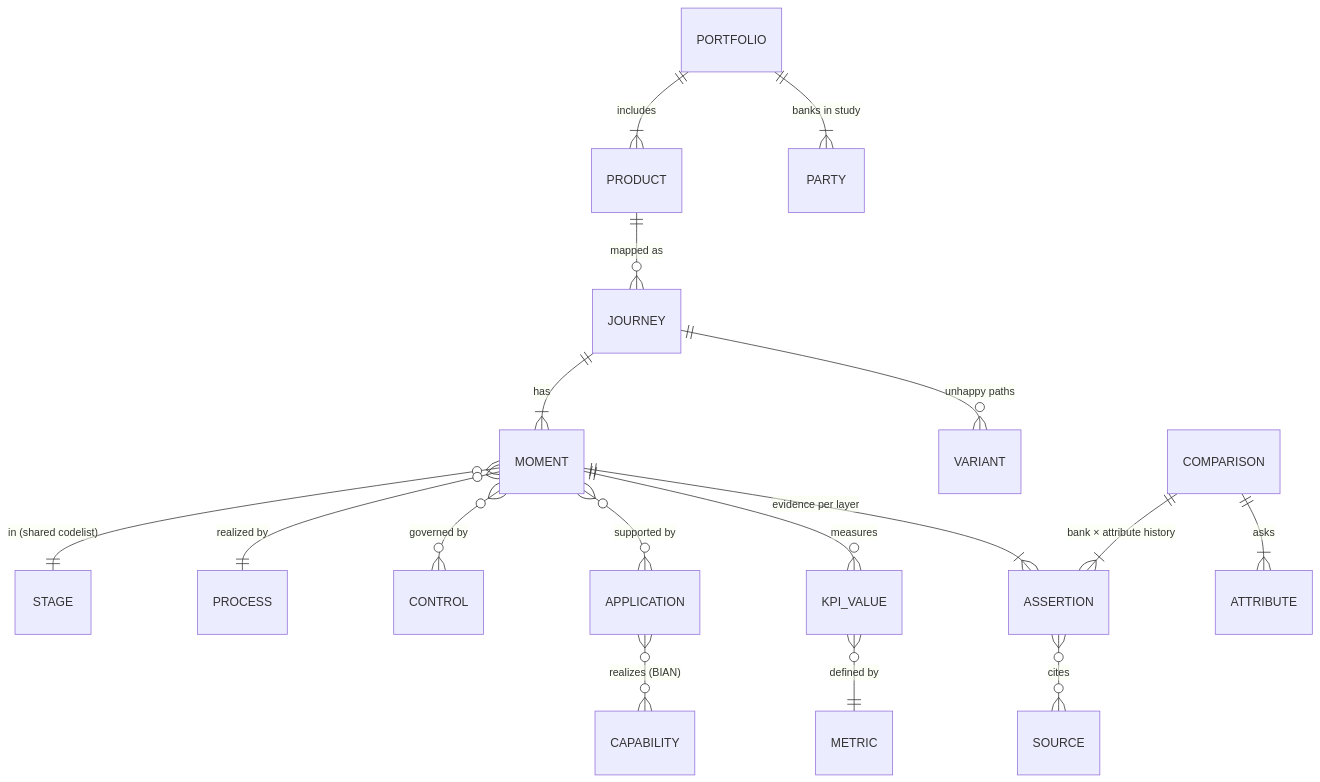
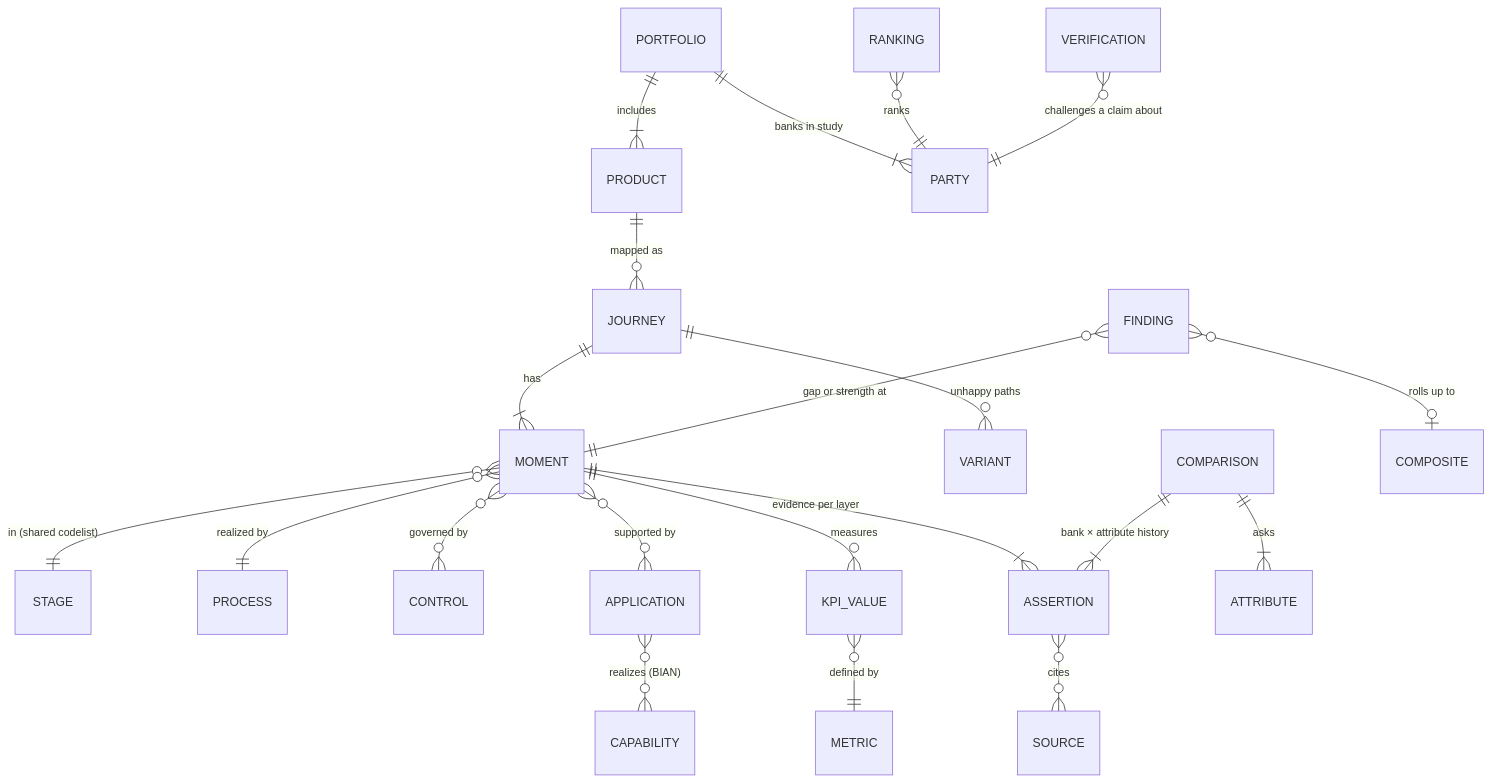
One commit to muthub-ai/kjourneys changed the second of 3 diagrams in docs/architecture.md. Above: the diagram before and after it, drawn with Mermaid. The commit also changed other lines of this file and 640 other files, not shown here.

````diff
--- a/docs/architecture.md
+++ b/docs/architecture.md
@@ -36,19 +36,23 @@
 ```mermaid
 erDiagram
   PORTFOLIO ||--|{ PRODUCT : includes
   PORTFOLIO ||--|{ PARTY : "banks in study"
   PRODUCT ||--o{ JOURNEY : "mapped as"
   JOURNEY ||--|{ MOMENT : has
   JOURNEY ||--o{ VARIANT : "unhappy paths"
   MOMENT }o--|| STAGE : "in (shared codelist)"
   MOMENT }o--|| PROCESS : "realized by"
   MOMENT }o--o{ CONTROL : "governed by"
   MOMENT }o--o{ APPLICATION : "supported by"
   APPLICATION }o--o{ CAPABILITY : "realizes (BIAN)"
   MOMENT ||--o{ KPI_VALUE : measures
   KPI_VALUE }o--|| METRIC : "defined by"
   MOMENT ||--|{ ASSERTION : "evidence per layer"
   COMPARISON ||--|{ ATTRIBUTE : asks
   COMPARISON ||--|{ ASSERTION : "bank × attribute history"
   ASSERTION }o--o{ SOURCE : cites
+  FINDING }o--|| MOMENT : "gap or strength at"
+  FINDING }o--o| COMPOSITE : "rolls up to"
+  RANKING }o--|| PARTY : ranks
+  VERIFICATION }o--|| PARTY : "challenges a claim about"
 ```
````
